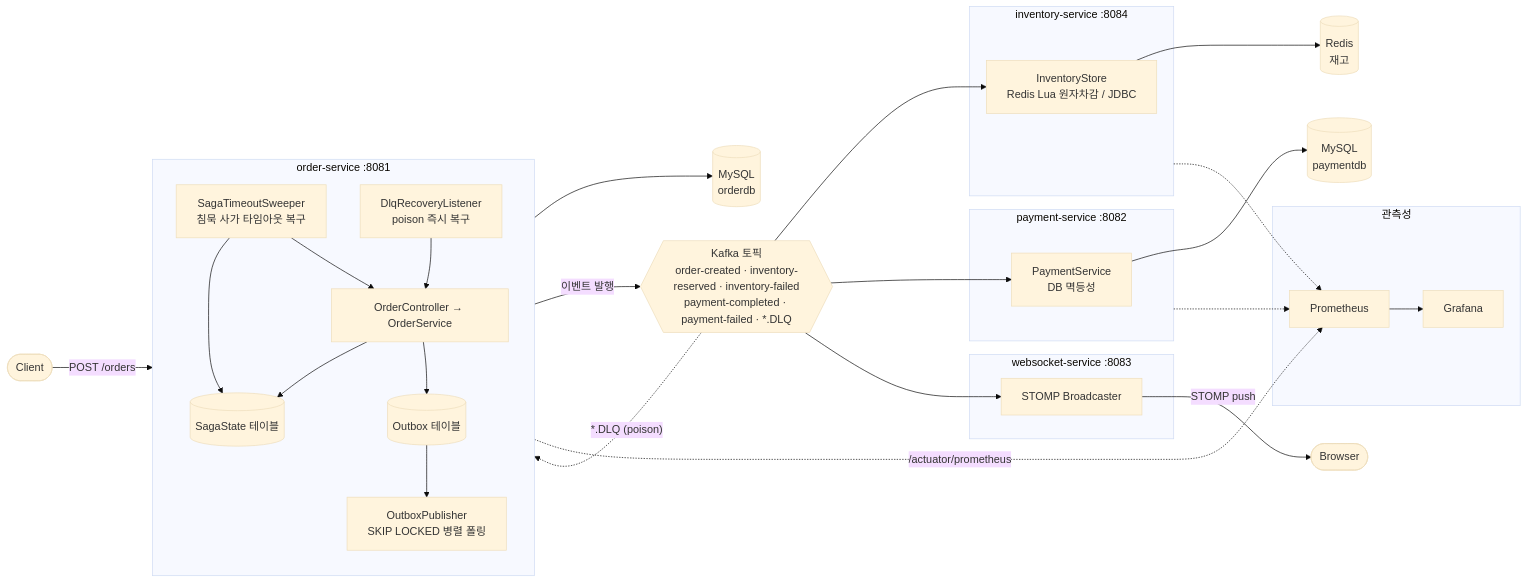
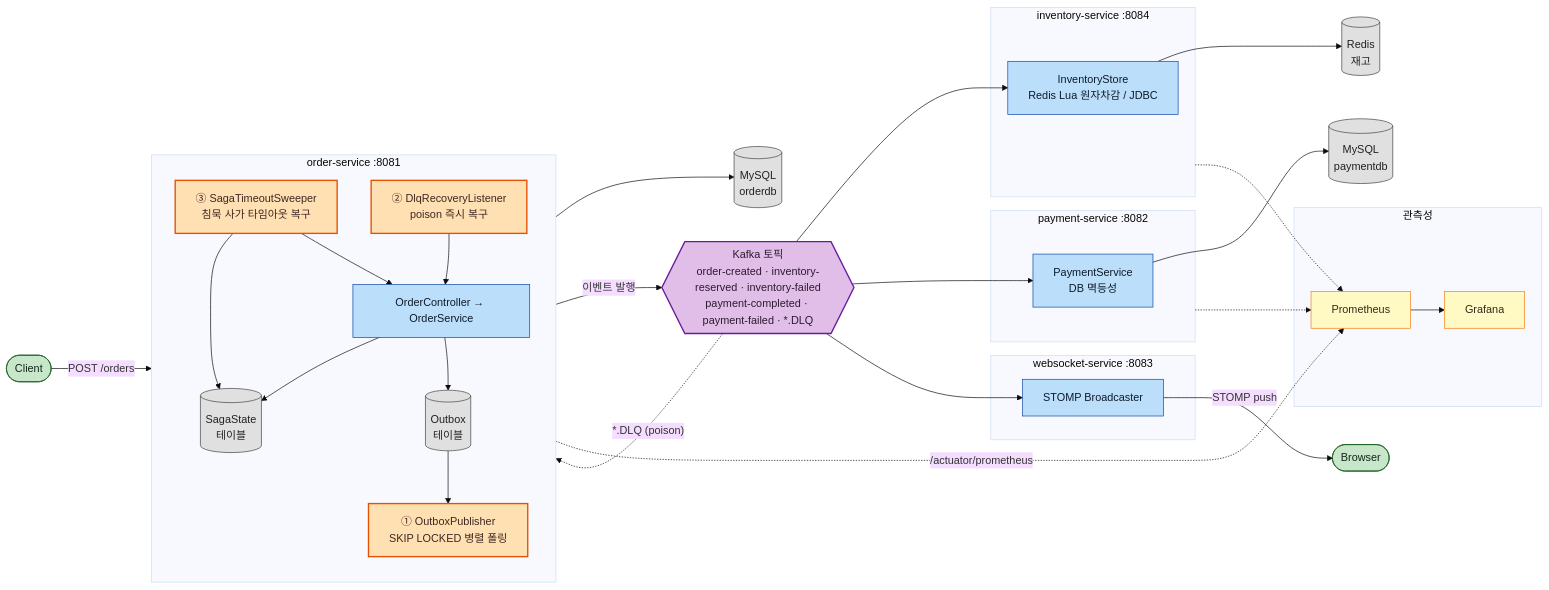
Before and after one commit to gkdbssla97/event-driven-msa-lab: the second of 3 diagrams in README.md, drawn with Mermaid (base theme). The commit also changed other lines of this file, not shown here.

Commit message:
docs: 아키텍처 다이어그램에 색상 구분과 ①②③ 번호 추가 (#18)
흑백이라 어느 요소가 서비스인지 저장소인지 안전망인지 구분이 안 됐다.
classDef로 역할별 색을 입히고(안전망=주황, 서비스=파랑, 저장소=회색,
Kafka=보라, 클라이언트=초록, 관측성=노랑), 사가 견고성 3층 메커니즘에
①②③ 번호를 붙여 바로 아래 3층 안전망 표와 대응시킨다.

색상은 라이트/다크 테마 모두에서 읽히도록 밝은 배경에 명시적 짙은
텍스트 색을 지정했다.

````diff
--- a/README.md
+++ b/README.md
@@ -55,52 +55,66 @@
 ```mermaid
 flowchart LR
     Client([Client])
     Browser([Browser])
 
     subgraph order["order-service :8081"]
         direction TB
         OSVC["OrderController → OrderService"]
-        SAGA[("SagaState 테이블")]
-        OBX[("Outbox 테이블")]
-        PUB["OutboxPublisher<br/>SKIP LOCKED 병렬 폴링"]
-        SWEEP["SagaTimeoutSweeper<br/>침묵 사가 타임아웃 복구"]
-        DLQR["DlqRecoveryListener<br/>poison 즉시 복구"]
+        SAGA[("SagaState<br/>테이블")]
+        OBX[("Outbox<br/>테이블")]
+        PUB["① OutboxPublisher<br/>SKIP LOCKED 병렬 폴링"]
+        DLQR["② DlqRecoveryListener<br/>poison 즉시 복구"]
+        SWEEP["③ SagaTimeoutSweeper<br/>침묵 사가 타임아웃 복구"]
         OSVC --> SAGA
         OSVC --> OBX
         OBX --> PUB
         SWEEP --> SAGA
         SWEEP --> OSVC
         DLQR --> OSVC
     end
 
     subgraph inventory["inventory-service :8084"]
         ISVC["InventoryStore<br/>Redis Lua 원자차감 / JDBC"]
     end
     subgraph payment["payment-service :8082"]
         PSVC["PaymentService<br/>DB 멱등성"]
     end
     subgraph websocket["websocket-service :8083"]
         WSVC["STOMP Broadcaster"]
     end
 
     ODB[("MySQL<br/>orderdb")]
     PDB[("MySQL<br/>paymentdb")]
     RDS[("Redis<br/>재고")]
 
     KFK{{"Kafka 토픽<br/>order-created · inventory-reserved · inventory-failed<br/>payment-completed · payment-failed · *.DLQ"}}
 
     Client -->|POST /orders| OSVC
     OSVC --> ODB
     PUB -->|이벤트 발행| KFK
     KFK --> ISVC --> RDS
     KFK --> PSVC --> PDB
     KFK --> WSVC -->|STOMP push| Browser
     KFK -.->|"*.DLQ (poison)"| DLQR
 
     subgraph obs["관측성"]
         PROM["Prometheus"] --> GRAF["Grafana"]
     end
     order -.->|/actuator/prometheus| PROM
     inventory -.-> PROM
     payment -.-> PROM
+
+    classDef safety fill:#ffe0b2,stroke:#e65100,stroke-width:2px,color:#3e2723
+    classDef svc fill:#bbdefb,stroke:#0d47a1,stroke-width:1px,color:#0d1b2a
+    classDef store fill:#e0e0e0,stroke:#424242,stroke-width:1px,color:#212121
+    classDef bus fill:#e1bee7,stroke:#6a1b9a,stroke-width:2px,color:#2e1a33
+    classDef edge fill:#c8e6c9,stroke:#1b5e20,stroke-width:1px,color:#12281a
+    classDef obsv fill:#fff9c4,stroke:#f57f17,stroke-width:1px,color:#33291a
+
+    class PUB,DLQR,SWEEP safety
+    class OSVC,ISVC,PSVC,WSVC svc
+    class ODB,PDB,RDS,SAGA,OBX store
+    class KFK bus
+    class Client,Browser edge
+    class PROM,GRAF obsv
 ```
````
